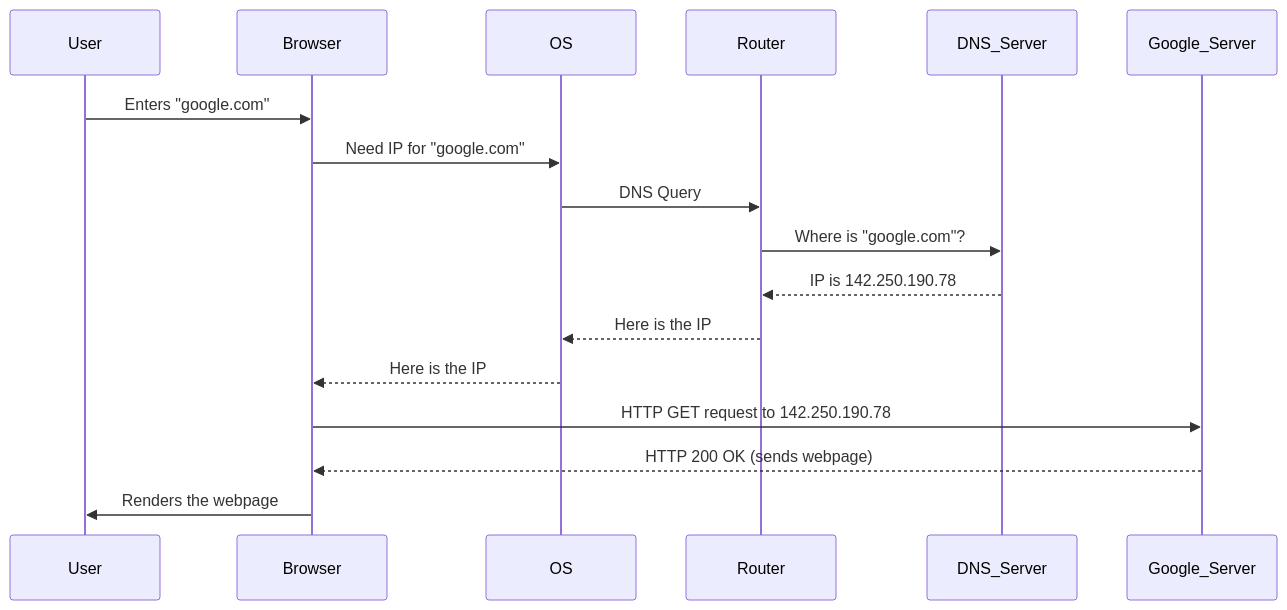
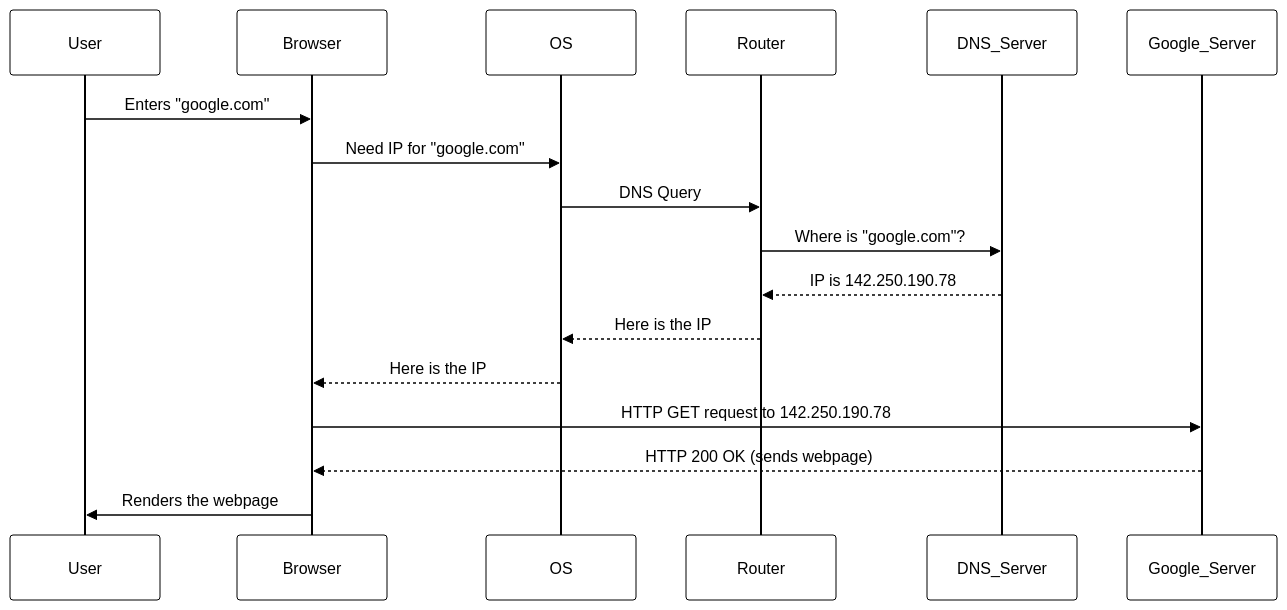
Before and after one commit to nv-mldev/system-design: the diagram in mermaid-diagrams/05_loading_google.mmd, drawn with Mermaid. The commit also changed 22 other files, not shown here.

```diff
--- a/mermaid-diagrams/05_loading_google.mmd
+++ b/mermaid-diagrams/05_loading_google.mmd
@@ -1,18 +1,20 @@
  sequenceDiagram
     participant User
     participant Browser
     participant OS
     participant Router
     participant DNS_Server
     participant Google_Server
 
     User->>Browser: Enters "google.com"
     Browser->>OS: Need IP for "google.com"
     OS->>Router: DNS Query
     Router->>DNS_Server: Where is "google.com"?
     DNS_Server-->>Router: IP is 142.250.190.78
     Router-->>OS: Here is the IP
     OS-->>Browser: Here is the IP
     Browser->>Google_Server: HTTP GET request to 142.250.190.78
     Google_Server-->>Browser: HTTP 200 OK (sends webpage)
     Browser->>User: Renders the webpage
+    
+    %%{init: {'theme':'base', 'themeVariables': {'primaryColor':'#ffffff', 'primaryTextColor':'#000000', 'primaryBorderColor':'#000000', 'lineColor':'#000000', 'secondaryColor':'#ffffff', 'tertiaryColor':'#ffffff'}}}%%
```
